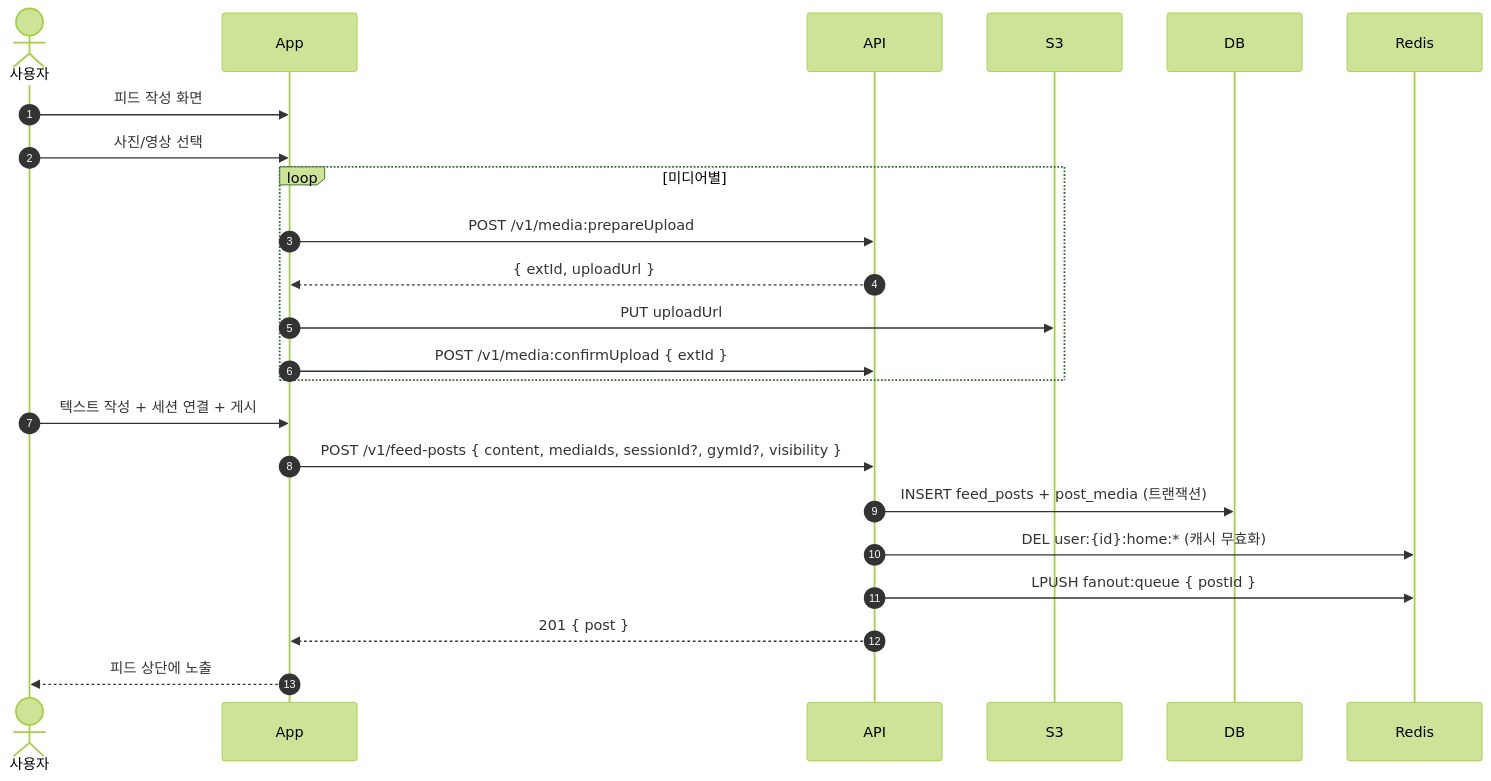
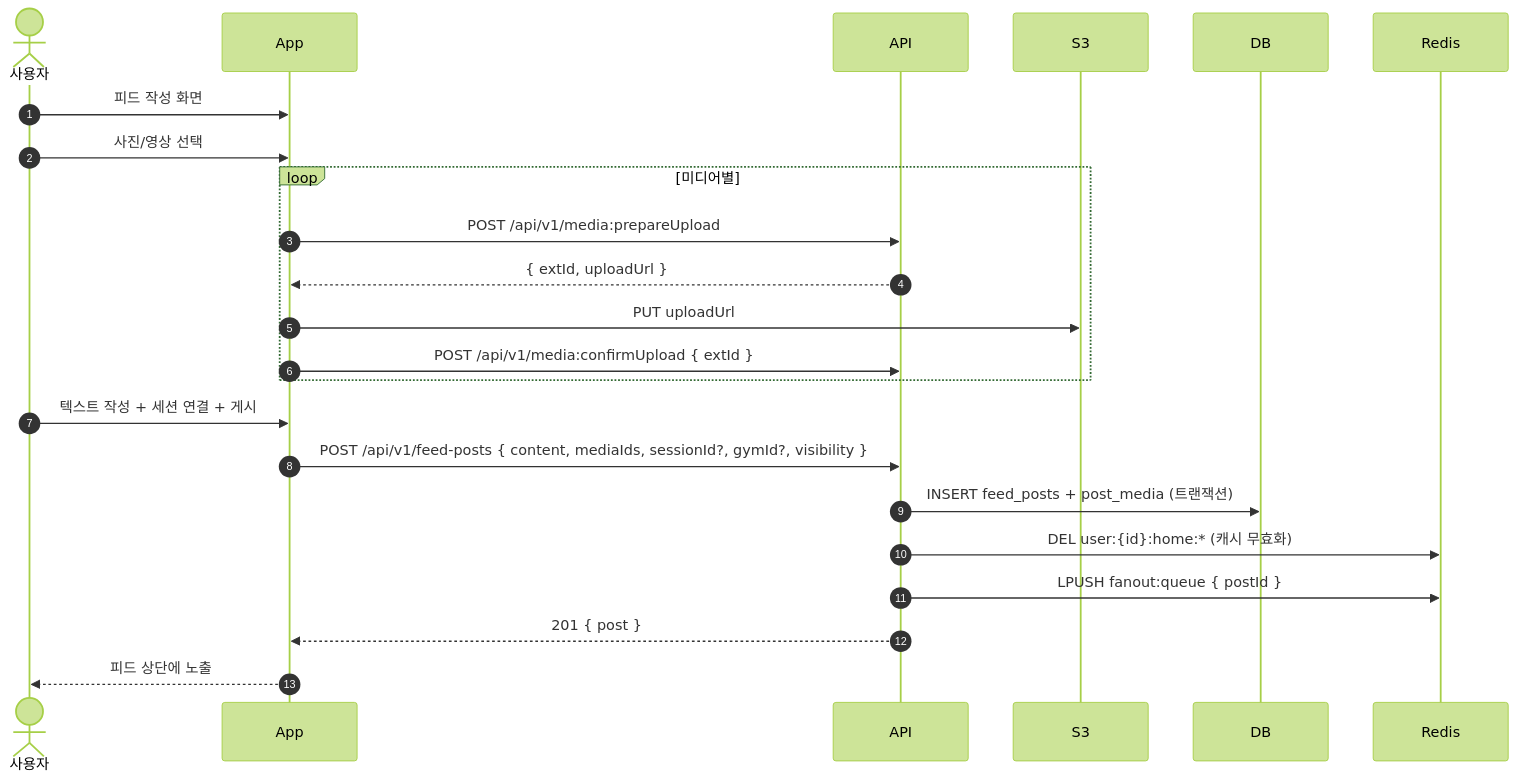
One commit to theo-ooooo/crimp changed the first of 4 diagrams in docs/설계/sequence/feed.md. Above: the diagram before and after it, drawn with Mermaid (forest theme). The commit also changed other lines of this file and 5 other files, not shown here.

````diff
--- a/docs/설계/sequence/feed.md
+++ b/docs/설계/sequence/feed.md
@@ -10,26 +10,26 @@
 ```mermaid
 sequenceDiagram
     autonumber
     actor U as 사용자
     participant App
     participant API
     participant S3
     participant DB
     participant Redis
 
     U->>App: 피드 작성 화면
     U->>App: 사진/영상 선택
     loop 미디어별
-        App->>API: POST /v1/media:prepareUpload
+        App->>API: POST /api/v1/media:prepareUpload
         API-->>App: { extId, uploadUrl }
         App->>S3: PUT uploadUrl
-        App->>API: POST /v1/media:confirmUpload { extId }
+        App->>API: POST /api/v1/media:confirmUpload { extId }
     end
     U->>App: 텍스트 작성 + 세션 연결 + 게시
-    App->>API: POST /v1/feed-posts { content, mediaIds, sessionId?, gymId?, visibility }
+    App->>API: POST /api/v1/feed-posts { content, mediaIds, sessionId?, gymId?, visibility }
     API->>DB: INSERT feed_posts + post_media (트랜잭션)
     API->>Redis: DEL user:{id}:home:* (캐시 무효화)
     API->>Redis: LPUSH fanout:queue { postId }
     API-->>App: 201 { post }
     App-->>U: 피드 상단에 노출
 ```
````
